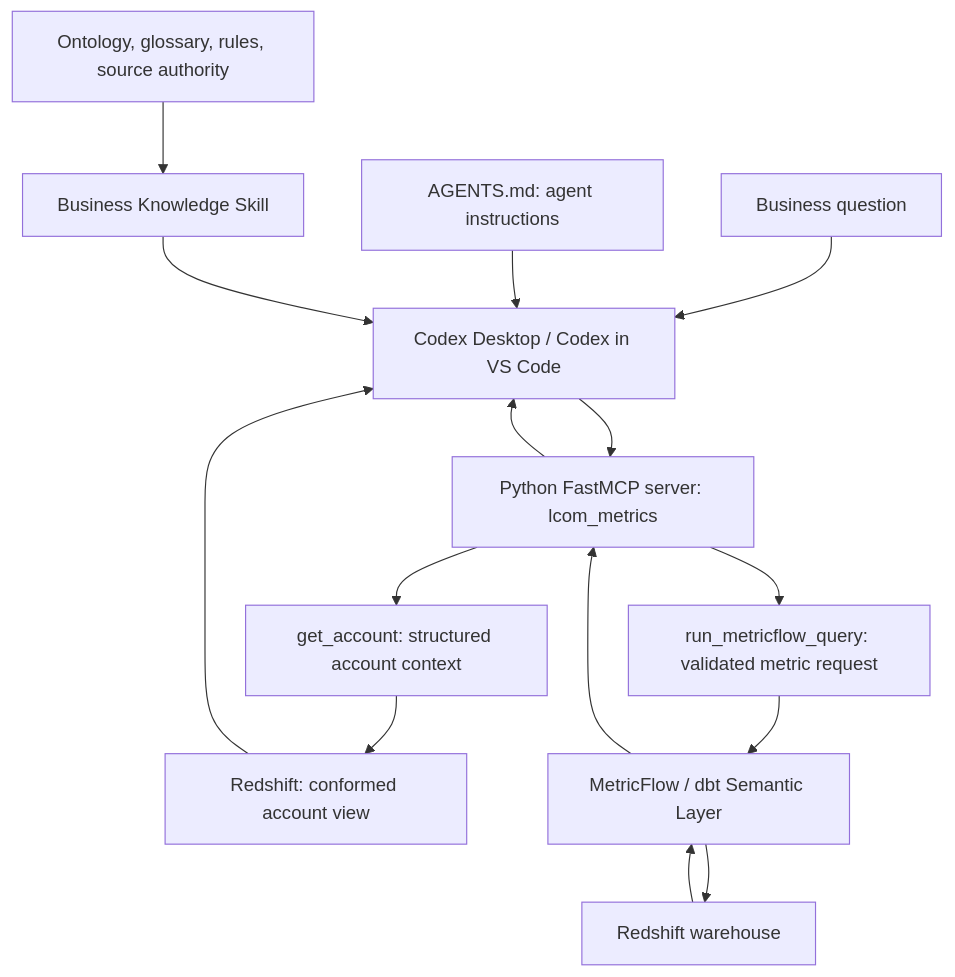
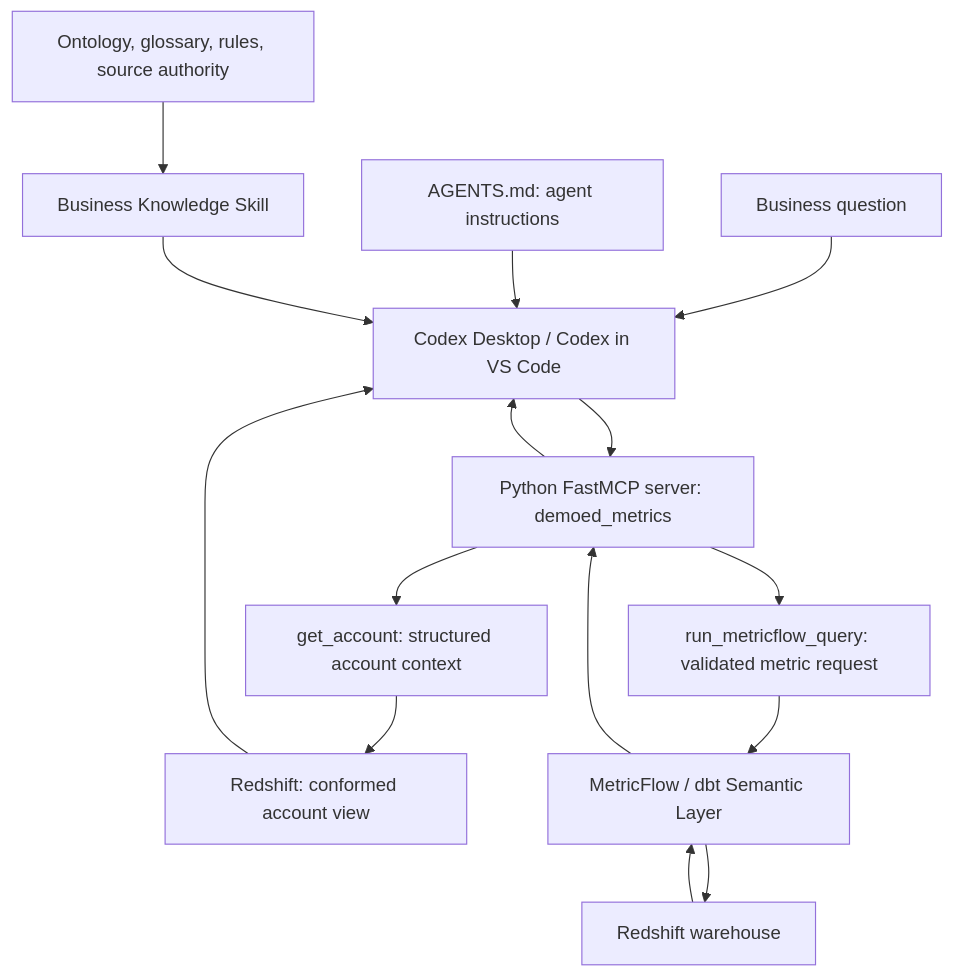
Before and after one commit to KaterynaD/business-context-ai: the diagram in README.md, drawn with Mermaid. The commit also changed other lines of this file and 53 other files, not shown here.

````diff
--- a/README.md
+++ b/README.md
@@ -25,17 +25,17 @@
 ```mermaid
 flowchart TD
     U[Business question] --> C[Codex Desktop / Codex in VS Code]
     I[AGENTS.md: agent instructions] --> C
     K[Business Knowledge Skill] --> C
     O[Ontology, glossary, rules, source authority] --> K
-    C --> M[Python FastMCP server: lcom_metrics]
+    C --> M[Python FastMCP server: demoed_metrics]
     M --> A[get_account: structured account context]
     M --> Q[run_metricflow_query: validated metric request]
     A --> V[Redshift: conformed account view]
     Q --> MF[MetricFlow / dbt Semantic Layer]
     MF --> DW[Redshift warehouse]
     V --> C
     DW --> MF
     MF --> M
     M --> C
 ```
````
